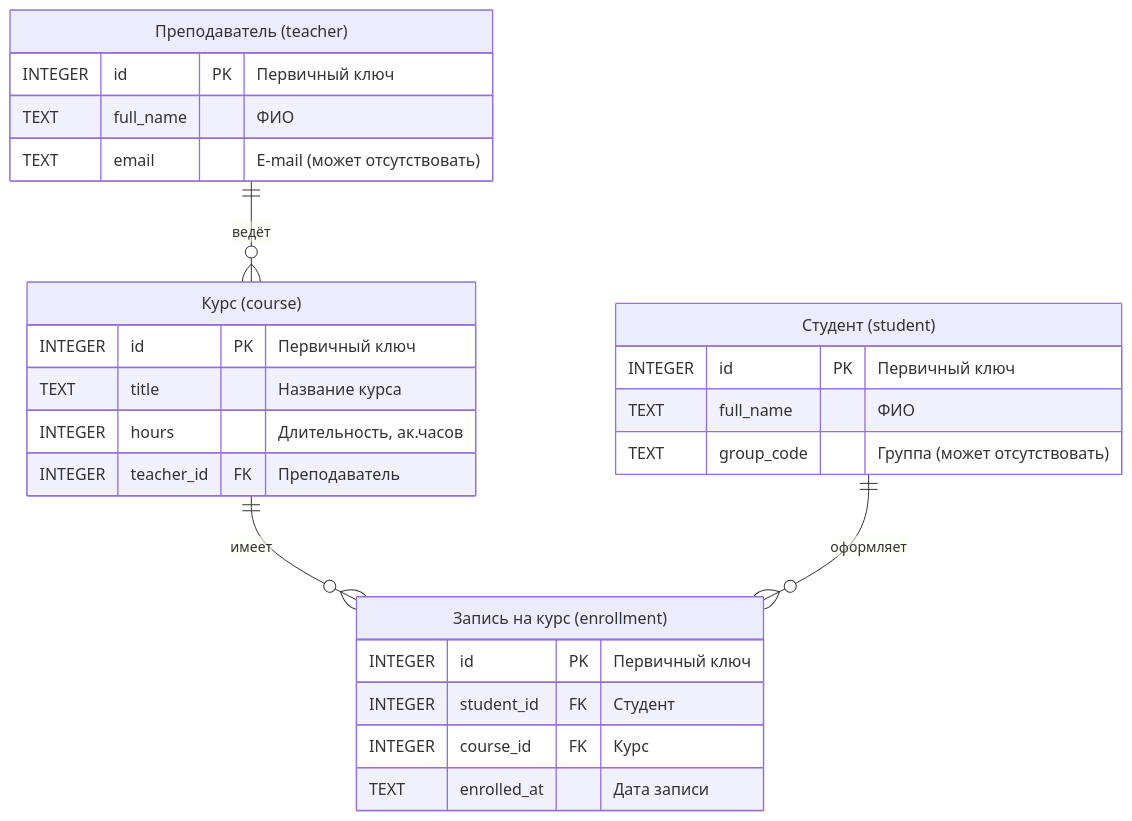
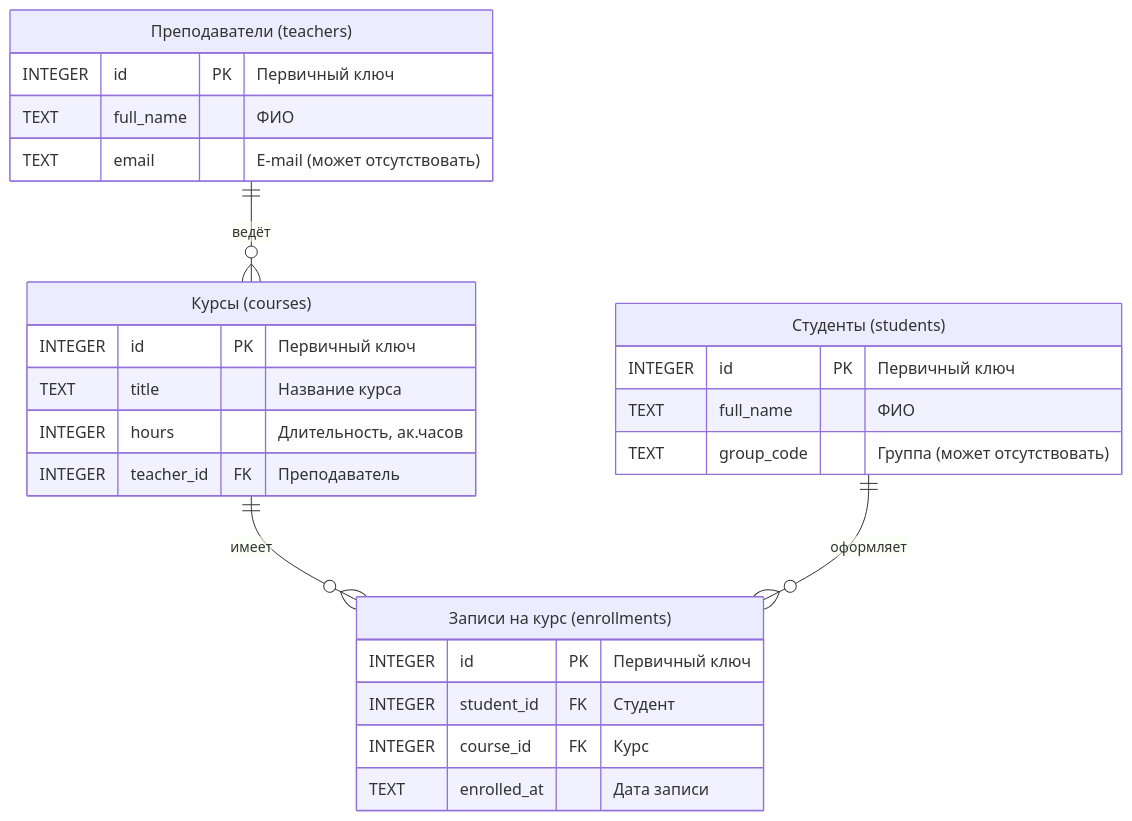
The diagram in disciplines/it03/lectures/includes/learning_portal_db/learning_portal.mermaid (vshp-online/it.vshp.online), drawn with Mermaid before and after one commit. The commit also changed 8 other files, not shown here.

```diff
--- a/disciplines/it03/lectures/includes/learning_portal_db/learning_portal.mermaid
+++ b/disciplines/it03/lectures/includes/learning_portal_db/learning_portal.mermaid
@@ -1,32 +1,32 @@
 erDiagram
   %% Сущности учебного портала
-  teacher["Преподаватель (teacher)"] {
+  teachers["Преподаватели (teachers)"] {
     INTEGER    id PK        "Первичный ключ"
     TEXT       full_name    "ФИО"
     TEXT       email        "E-mail (может отсутствовать)"
   }
 
-  course["Курс (course)"] {
+  courses["Курсы (courses)"] {
     INTEGER    id PK            "Первичный ключ"
     TEXT       title            "Название курса"
     INTEGER    hours            "Длительность, ак.часов"
     INTEGER    teacher_id FK    "Преподаватель"
   }
 
-  student["Студент (student)"] {
+  students["Студенты (students)"] {
     INTEGER    id PK         "Первичный ключ"
     TEXT       full_name     "ФИО"
     TEXT       group_code    "Группа (может отсутствовать)"
   }
 
-  enrollment["Запись на курс (enrollment)"] {
+  enrollments["Записи на курс (enrollments)"] {
     INTEGER    id PK            "Первичный ключ"
     INTEGER    student_id FK    "Студент"
     INTEGER    course_id FK     "Курс"
     TEXT       enrolled_at      "Дата записи"
   }
 
   %% Связи и кратности
-  teacher ||--o{ course : "ведёт"
-  course ||--o{ enrollment : "имеет"
-  student ||--o{ enrollment : "оформляет"
+  teachers ||--o{ courses : "ведёт"
+  courses ||--o{ enrollments : "имеет"
+  students ||--o{ enrollments : "оформляет"
```
